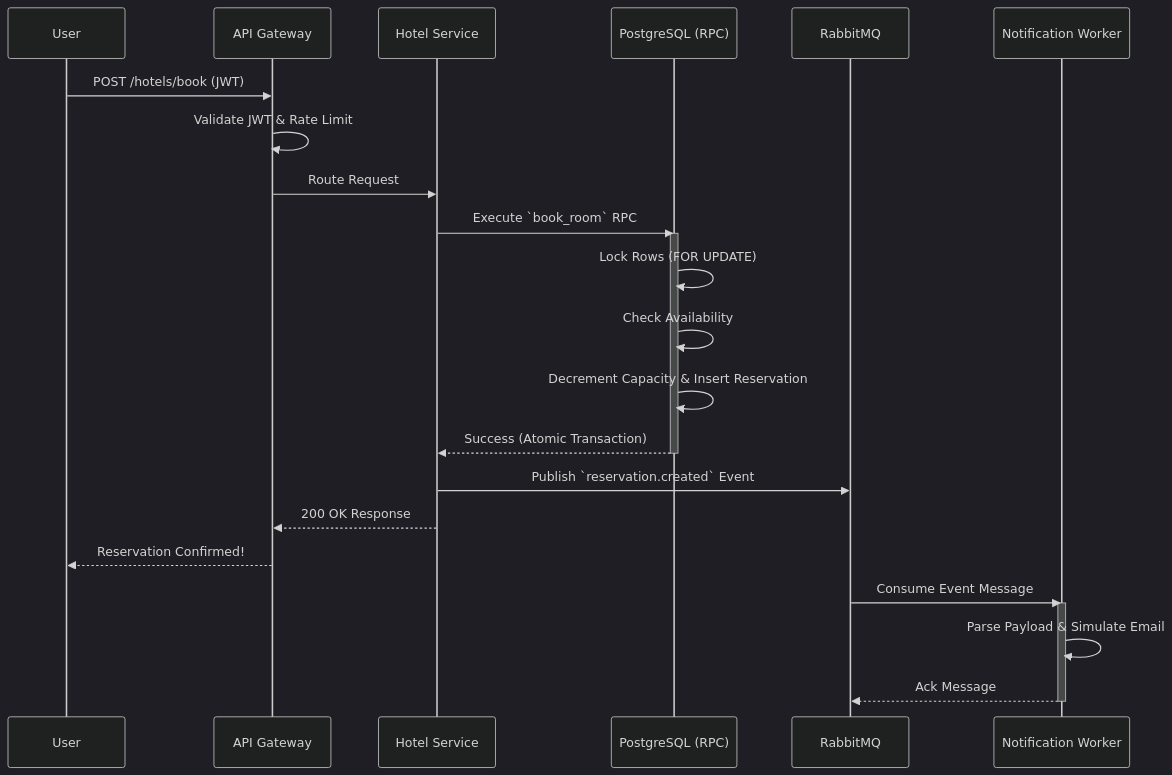
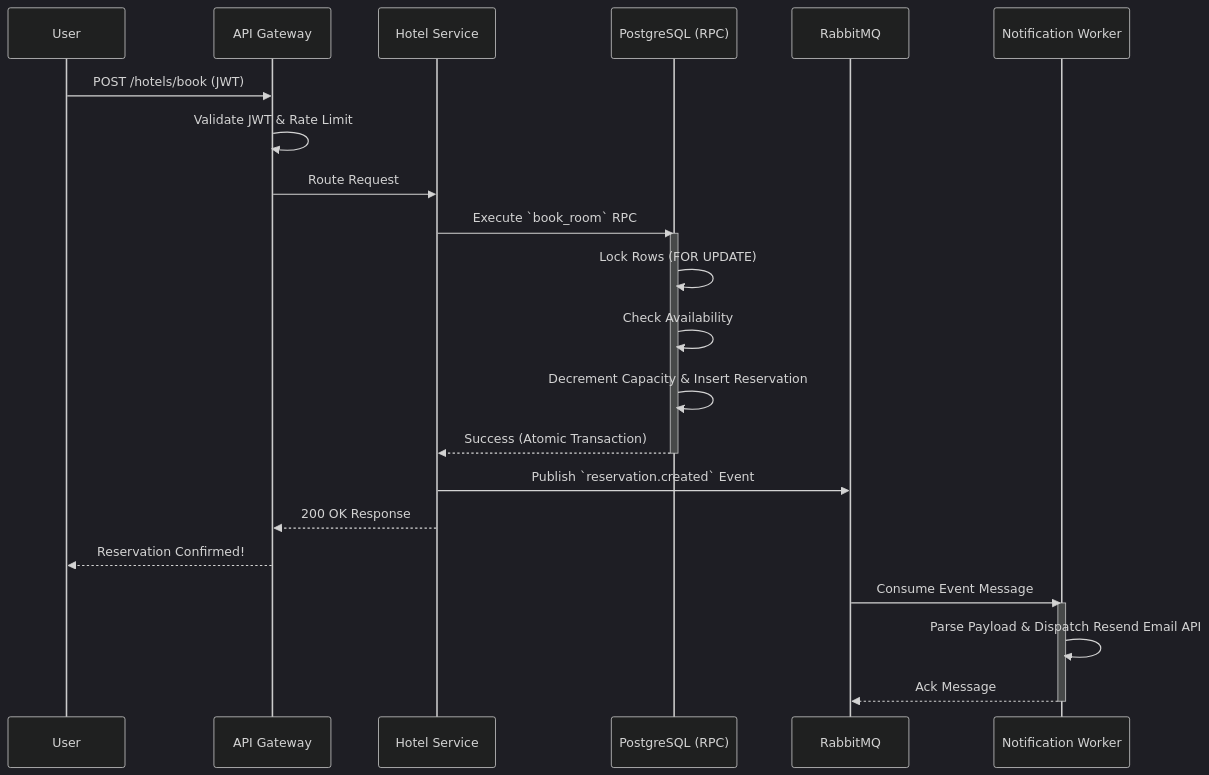
One commit to memdo/hotello changed the second of 4 diagrams in README.md. Above: the diagram before and after it, drawn with Mermaid (dark theme). The commit also changed other lines of this file, not shown here.

````diff
--- a/README.md
+++ b/README.md
@@ -128,32 +129,32 @@
 ```mermaid
 sequenceDiagram
     participant User
     participant Gateway as API Gateway
     participant Hotel as Hotel Service
     participant Supabase as PostgreSQL (RPC)
     participant MQ as RabbitMQ
     participant Worker as Notification Worker
 
     User->>Gateway: POST /hotels/book (JWT)
     Gateway->>Gateway: Validate JWT & Rate Limit
     Gateway->>Hotel: Route Request
     Hotel->>Supabase: Execute `book_room` RPC
     
     activate Supabase
     Supabase->>Supabase: Lock Rows (FOR UPDATE)
     Supabase->>Supabase: Check Availability
     Supabase->>Supabase: Decrement Capacity & Insert Reservation
     Supabase-->>Hotel: Success (Atomic Transaction)
     deactivate Supabase
     
     Hotel->>MQ: Publish `reservation.created` Event
     Hotel-->>Gateway: 200 OK Response
     Gateway-->>User: Reservation Confirmed!
     
     %% Asynchronous Processing
     MQ->>Worker: Consume Event Message
     activate Worker
-    Worker->>Worker: Parse Payload & Simulate Email
+    Worker->>Worker: Parse Payload & Dispatch Resend Email API
     Worker-->>MQ: Ack Message
     deactivate Worker
 ```
````
